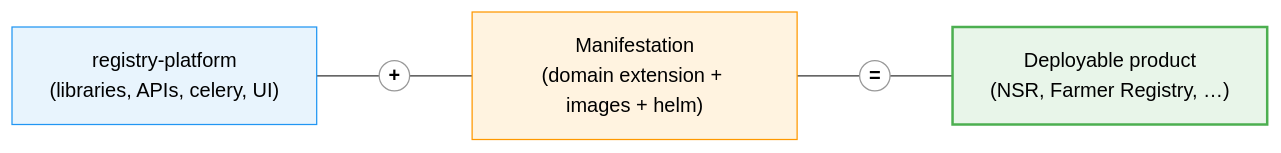
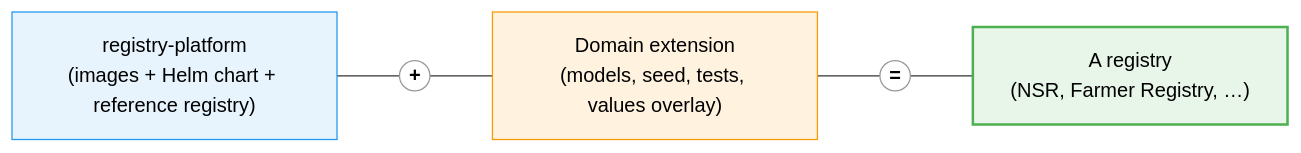
Before and after one commit to OpenG2P/openg2p-documentation: the diagram in products/registry/registry/developer-zone/organization-of-codebase.md, drawn with Mermaid. The commit also changed other lines of this file and 36 other files, not shown here.

````diff
--- a/products/registry/registry/developer-zone/organization-of-codebase.md
+++ b/products/registry/registry/developer-zone/organization-of-codebase.md
@@ -44,9 +47,9 @@
 ```mermaid
 graph LR
-    A["registry-platform<br/>(libraries, APIs, celery, UI)"] --- P((" <b>+</b> ")) --- B["Manifestation<br/>(domain extension + images + helm)"] --- E((" <b>=</b> ")) --- C["Deployable product<br/>(NSR, Farmer Registry, …)"]
+    A["registry-platform<br/>(images + Helm chart + reference registry)"] --- P((" <b>+</b> ")) --- B["Domain extension<br/>(models, seed, tests, values overlay)"] --- E((" <b>=</b> ")) --- C["A registry<br/>(NSR, Farmer Registry, …)"]
     style A fill:#e8f4fd,stroke:#2196F3,color:#000
     style B fill:#fff3e0,stroke:#FF9800,color:#000
     style C fill:#e8f5e9,stroke:#4CAF50,stroke-width:2px,color:#000
     style P fill:#fff,stroke:#999,color:#000
     style E fill:#fff,stroke:#999,color:#000
 ```
````
